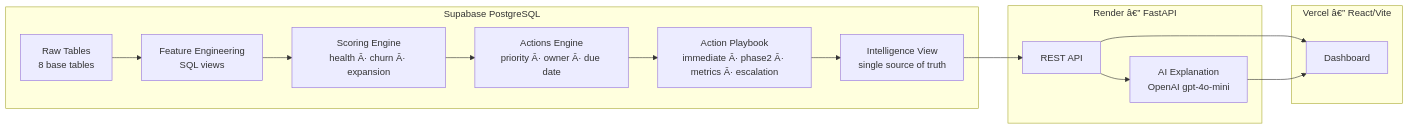
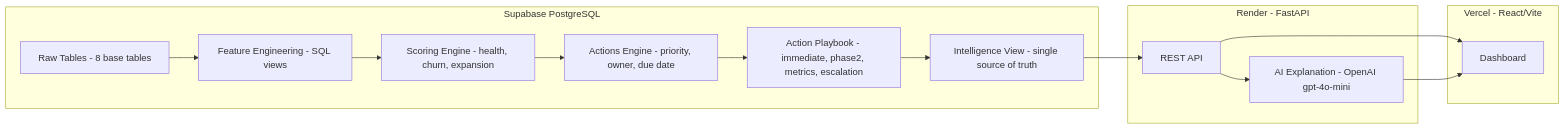
The diagram in README.md (OmkarSheth8/customer-revenue-intelligence-engine), drawn with Mermaid before and after one commit. The commit also changed other lines of this file and 3 other files, not shown here.

````diff
--- a/README.md
+++ b/README.md
@@ -47,24 +66,24 @@
 ```mermaid
 flowchart LR
     subgraph "Supabase PostgreSQL"
-        A[Raw Tables\n8 base tables] --> B[Feature Engineering\nSQL views]
-        B --> C[Scoring Engine\nhealth Â· churn Â· expansion]
-        C --> D[Actions Engine\npriority Â· owner Â· due date]
-        D --> E[Action Playbook\nimmediate Â· phase2 Â· metrics Â· escalation]
-        E --> F[Intelligence View\nsingle source of truth]
+        A[Raw Tables - 8 base tables] --> B[Feature Engineering - SQL views]
+        B --> C[Scoring Engine - health, churn, expansion]
+        C --> D[Actions Engine - priority, owner, due date]
+        D --> E[Action Playbook - immediate, phase2, metrics, escalation]
+        E --> F[Intelligence View - single source of truth]
     end
 
-    subgraph "Render â€” FastAPI"
+    subgraph "Render - FastAPI"
         G[REST API]
-        H[AI Explanation\nOpenAI gpt-4o-mini]
+        H[AI Explanation - OpenAI gpt-4o-mini]
     end
 
-    subgraph "Vercel â€” React/Vite"
+    subgraph "Vercel - React/Vite"
         I[Dashboard]
     end
 
     F --> G
     G --> I
     G --> H
     H --> I
 ```
````
